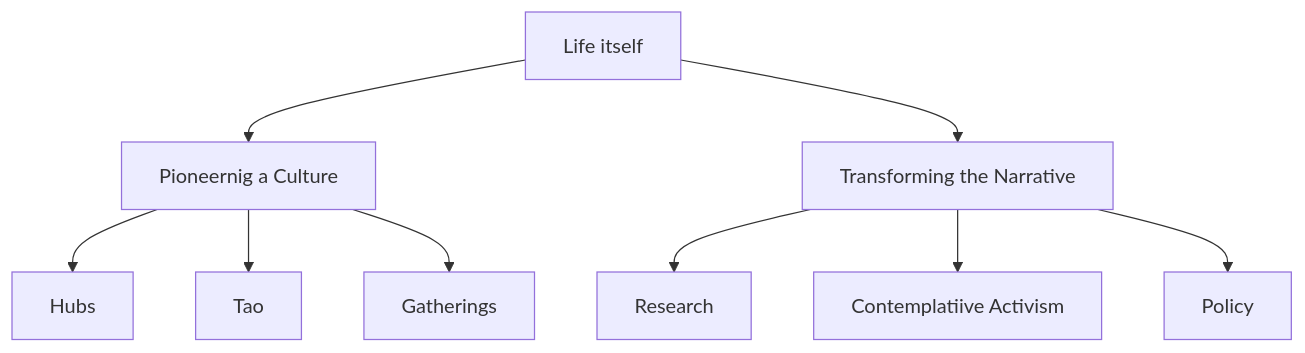
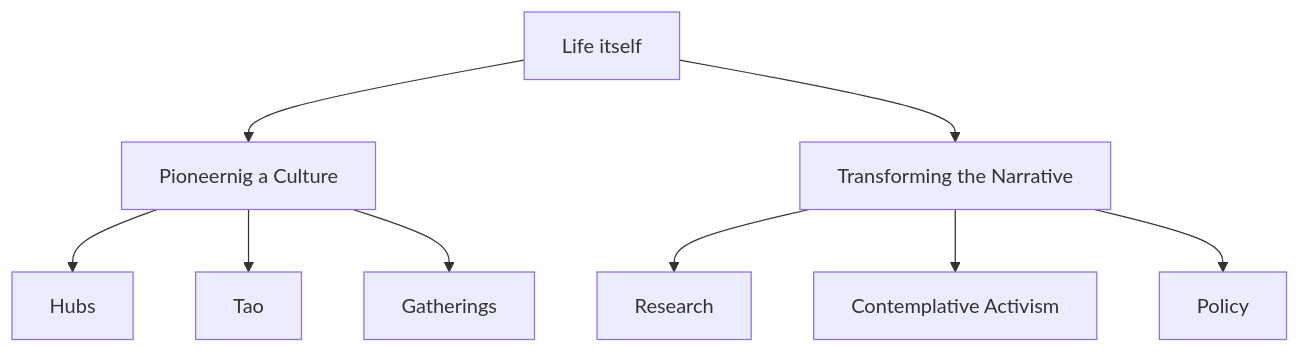
The first of 2 diagrams in plans/README.md (life-itself/tao), drawn with Mermaid before and after one commit. The commit also changed 3 other files, not shown here.

````diff
--- a/plans/README.md
+++ b/plans/README.md
@@ -44,15 +44,15 @@
 ```mermaid
 graph TD
 
 li[Life itself]
 li --> pioneer[Pioneernig a Culture]
 li --> bigvision["Transforming the Narrative"]
 
 pioneer --> hubs[Hubs]
 pioneer --> tao[Tao]
 pioneer --> gatherings[Gatherings]
 
 bigvision --> research[Research]
-bigvision --> ca[Contemplatiive Activism]
+bigvision --> ca[Contemplative Activism]
 bigvision --> policy[Policy]
 ```
````
